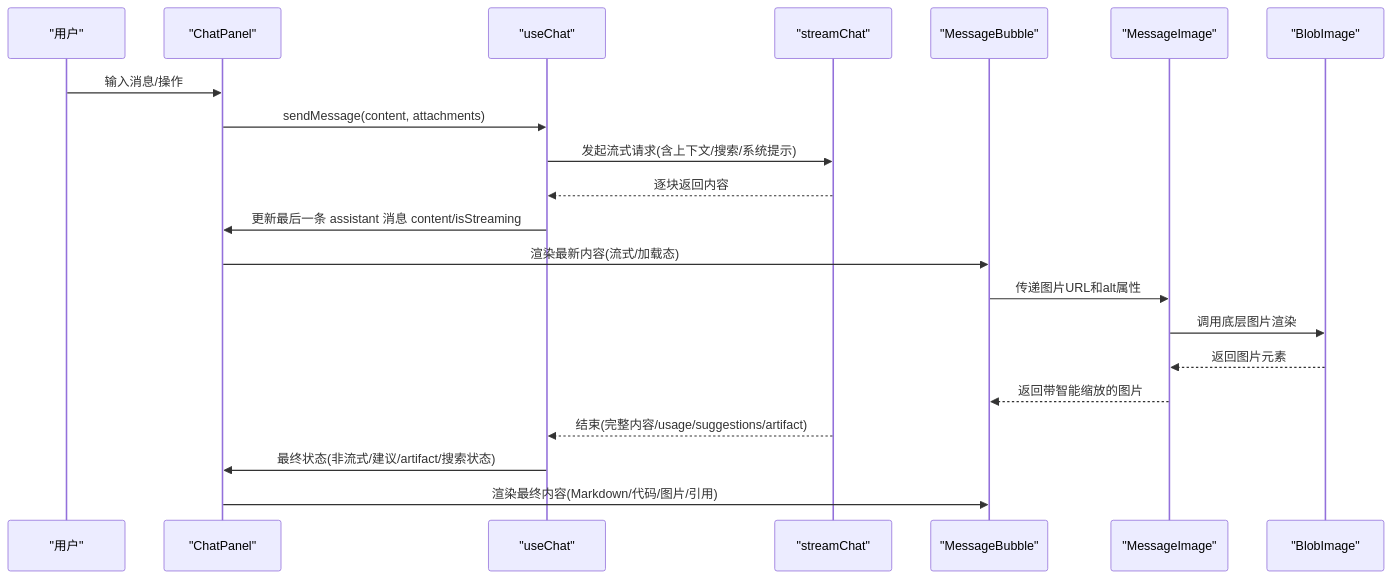
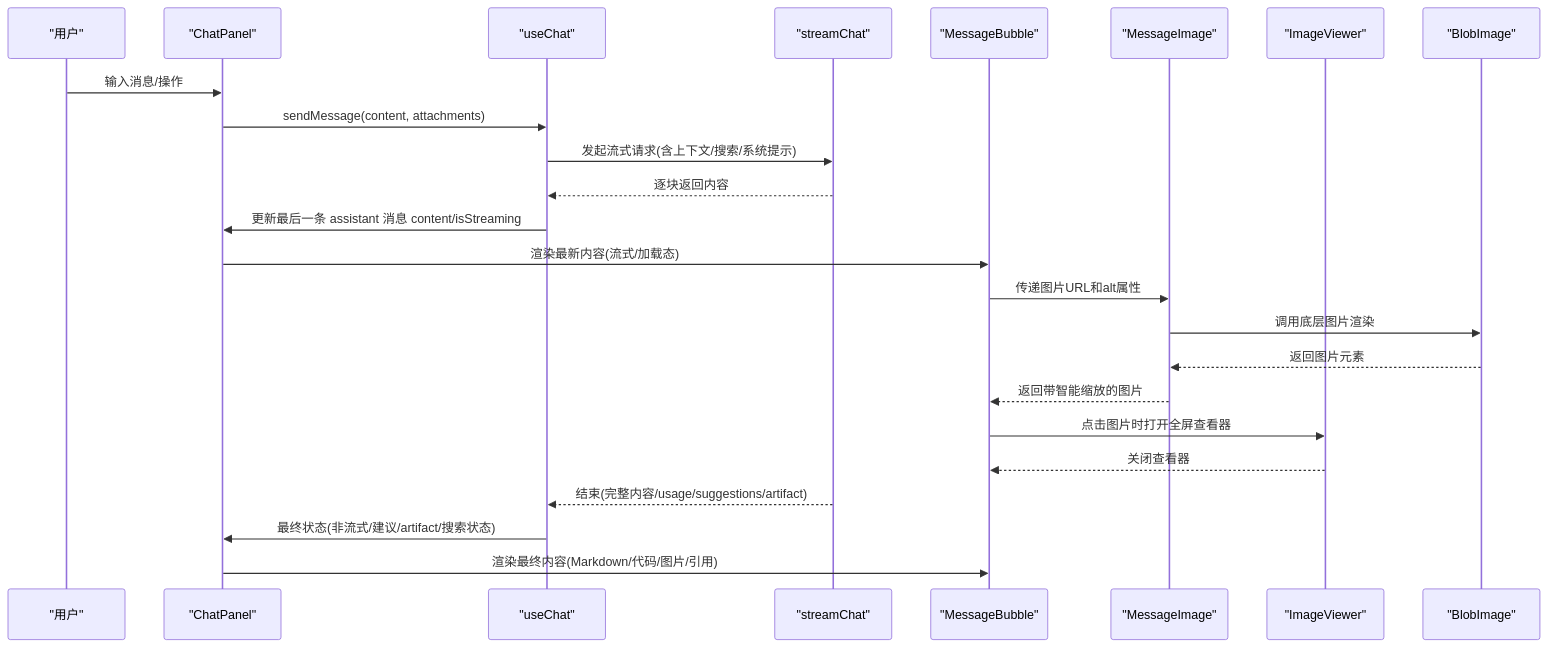
Before and after one commit to billye220670/AIShop: the second of 9 diagrams in .qoder/repowiki/zh/content/架构设计/组件架构设计/功能面板组件/聊天面板组件/消息渲染系统.md, drawn with Mermaid. The commit also changed other lines of this file and 40 other files, not shown here.

````diff
--- a/.qoder/repowiki/zh/content/架构设计/组件架构设计/功能面板组件/聊天面板组件/消息渲染系统.md
+++ b/.qoder/repowiki/zh/content/架构设计/组件架构设计/功能面板组件/聊天面板组件/消息渲染系统.md
@@ -154,23 +178,26 @@
 ```mermaid
 sequenceDiagram
 participant U as "用户"
 participant CP as "ChatPanel"
 participant UC as "useChat"
 participant API as "streamChat"
 participant MB as "MessageBubble"
 participant MI as "MessageImage"
+participant IV as "ImageViewer"
 participant BI as "BlobImage"
 U->>CP : 输入消息/操作
 CP->>UC : sendMessage(content, attachments)
 UC->>API : 发起流式请求(含上下文/搜索/系统提示)
 API-->>UC : 逐块返回内容
 UC->>CP : 更新最后一条 assistant 消息 content/isStreaming
 CP->>MB : 渲染最新内容(流式/加载态)
 MB->>MI : 传递图片URL和alt属性
 MI->>BI : 调用底层图片渲染
 BI-->>MI : 返回图片元素
 MI-->>MB : 返回带智能缩放的图片
+MB->>IV : 点击图片时打开全屏查看器
+IV-->>MB : 关闭查看器
 API-->>UC : 结束(完整内容/usage/suggestions/artifact)
 UC->>CP : 最终状态(非流式/建议/artifact/搜索状态)
 CP->>MB : 渲染最终内容(Markdown/代码/图片/引用)
 ```
````
